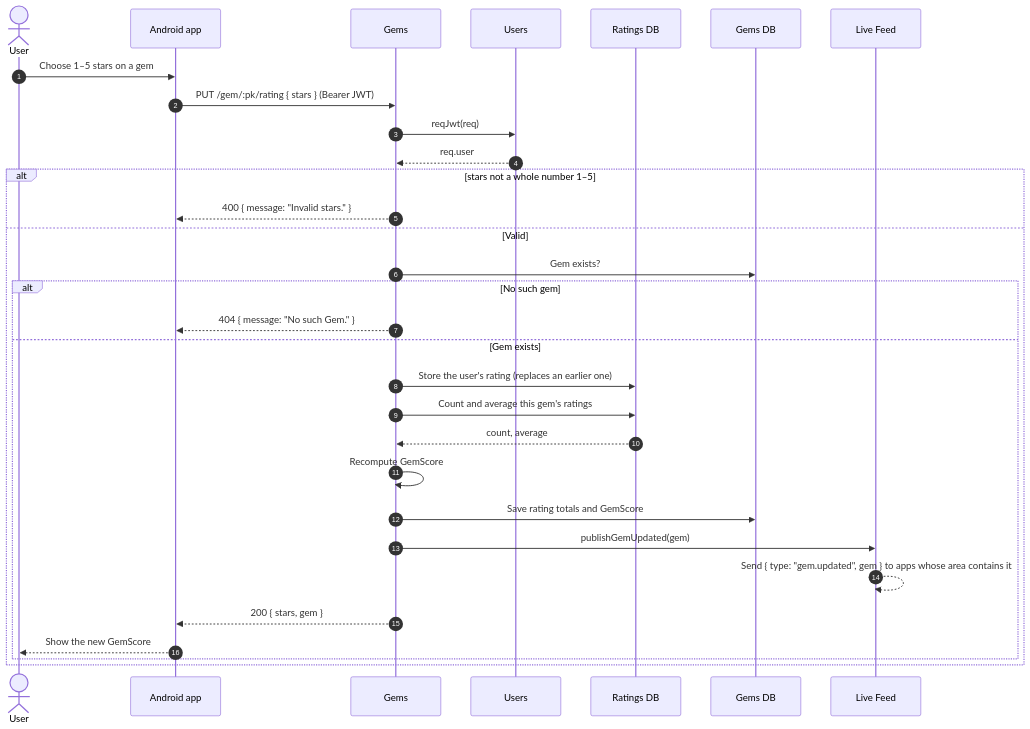
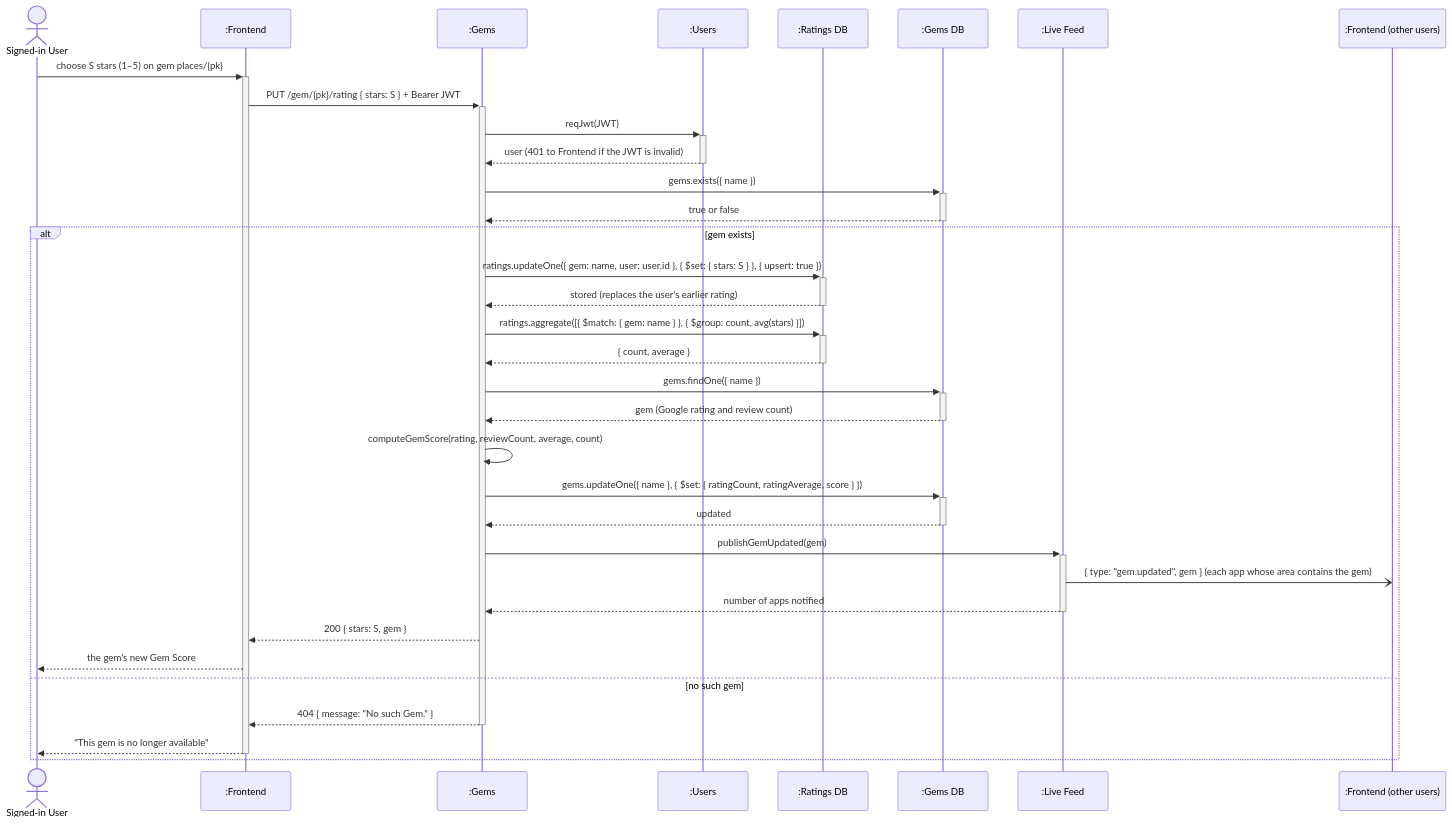
Before and after one commit to ubc-cpen-321-excavator/excavator: the diagram in documentation/diagrams/uc3_contribute_to_gemscore.mmd, drawn with Mermaid. The commit also changed 12 other files, not shown here.

Commit message:
docs: redo dependency and sequence diagrams to course conventions

```diff
--- a/documentation/diagrams/uc3_contribute_to_gemscore.mmd
+++ b/documentation/diagrams/uc3_contribute_to_gemscore.mmd
@@ -1,32 +1,35 @@
 sequenceDiagram
-  autonumber
-  actor U as User
-  participant App as Android app
-  participant Gems
-  participant Users
-  participant RDB as Ratings DB
-  participant GDB as Gems DB
-  participant Feed as Live Feed
+  actor U as Signed-in User
+  participant F as :Frontend
+  participant G as :Gems
+  participant US as :Users
+  participant RDB as :Ratings DB
+  participant GDB as :Gems DB
+  participant LF as :Live Feed
+  participant OF as :Frontend (other users)
 
-  U->>App: Choose 1–5 stars on a gem
-  App->>Gems: PUT /gem/:pk/rating { stars } (Bearer JWT)
-  Gems->>Users: reqJwt(req)
-  Users-->>Gems: req.user
-  alt stars not a whole number 1–5
-    Gems-->>App: 400 { message: "Invalid stars." }
-  else Valid
-    Gems->>GDB: Gem exists?
-    alt No such gem
-      Gems-->>App: 404 { message: "No such Gem." }
-    else Gem exists
-      Gems->>RDB: Store the user's rating (replaces an earlier one)
-      Gems->>RDB: Count and average this gem's ratings
-      RDB-->>Gems: count, average
-      Gems->>Gems: Recompute GemScore
-      Gems->>GDB: Save rating totals and GemScore
-      Gems->>Feed: publishGemUpdated(gem)
-      Feed-->>Feed: Send { type: "gem.updated", gem } to apps whose area contains it
-      Gems-->>App: 200 { stars, gem }
-      App-->>U: Show the new GemScore
-    end
+  U->>+F: choose S stars (1–5) on gem places/{pk}
+  F->>+G: PUT /gem/{pk}/rating { stars: S } + Bearer JWT
+  G->>+US: reqJwt(JWT)
+  US-->>-G: user (401 to Frontend if the JWT is invalid)
+  G->>+GDB: gems.exists({ name })
+  GDB-->>-G: true or false
+  alt gem exists
+    G->>+RDB: ratings.updateOne({ gem: name, user: user.id }, { $set: { stars: S } }, { upsert: true })
+    RDB-->>-G: stored (replaces the user's earlier rating)
+    G->>+RDB: ratings.aggregate([{ $match: { gem: name } }, { $group: count, avg(stars) }])
+    RDB-->>-G: { count, average }
+    G->>+GDB: gems.findOne({ name })
+    GDB-->>-G: gem (Google rating and review count)
+    G->>G: computeGemScore(rating, reviewCount, average, count)
+    G->>+GDB: gems.updateOne({ name }, { $set: { ratingCount, ratingAverage, score } })
+    GDB-->>-G: updated
+    G->>+LF: publishGemUpdated(gem)
+    LF-)OF: { type: "gem.updated", gem } (each app whose area contains the gem)
+    LF-->>-G: number of apps notified
+    G-->>F: 200 { stars: S, gem }
+    F-->>U: the gem's new Gem Score
+  else no such gem
+    G-->>-F: 404 { message: "No such Gem." }
+    F-->>-U: "This gem is no longer available"
   end
```
